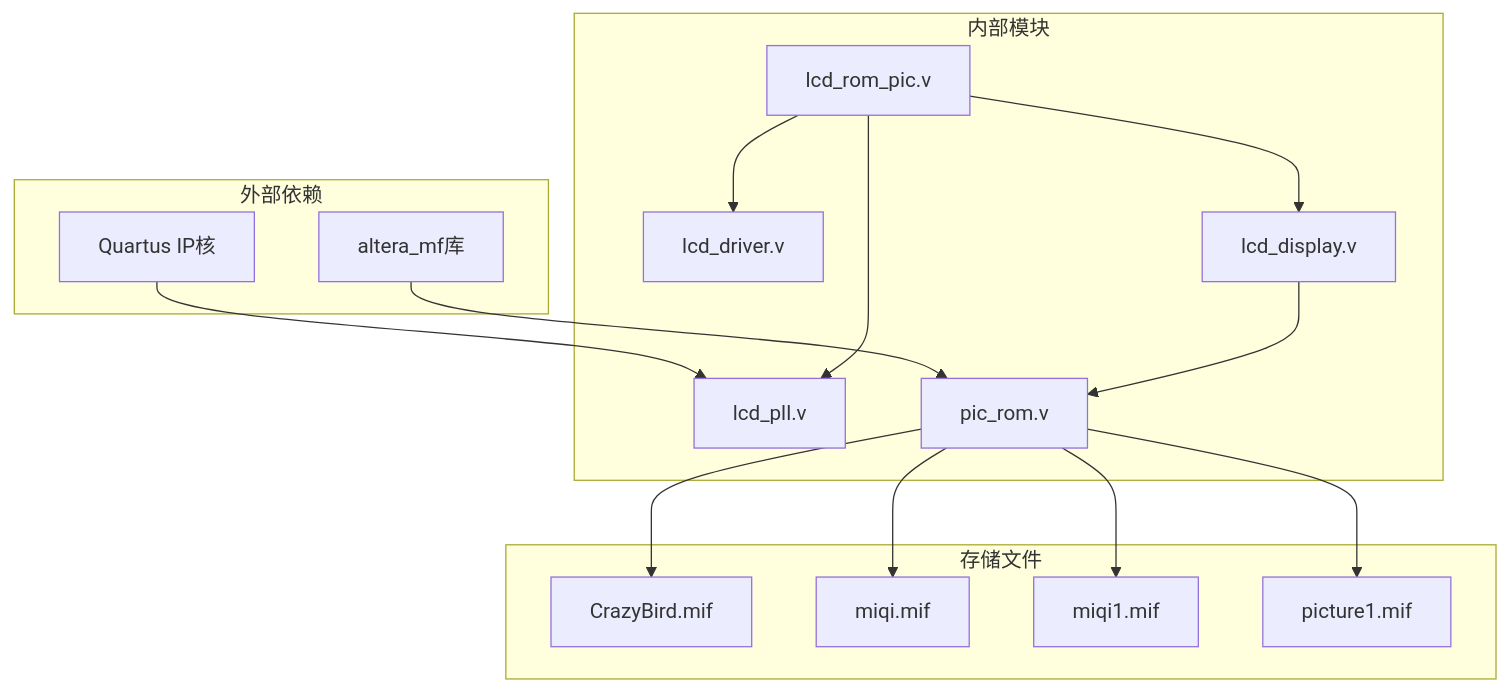
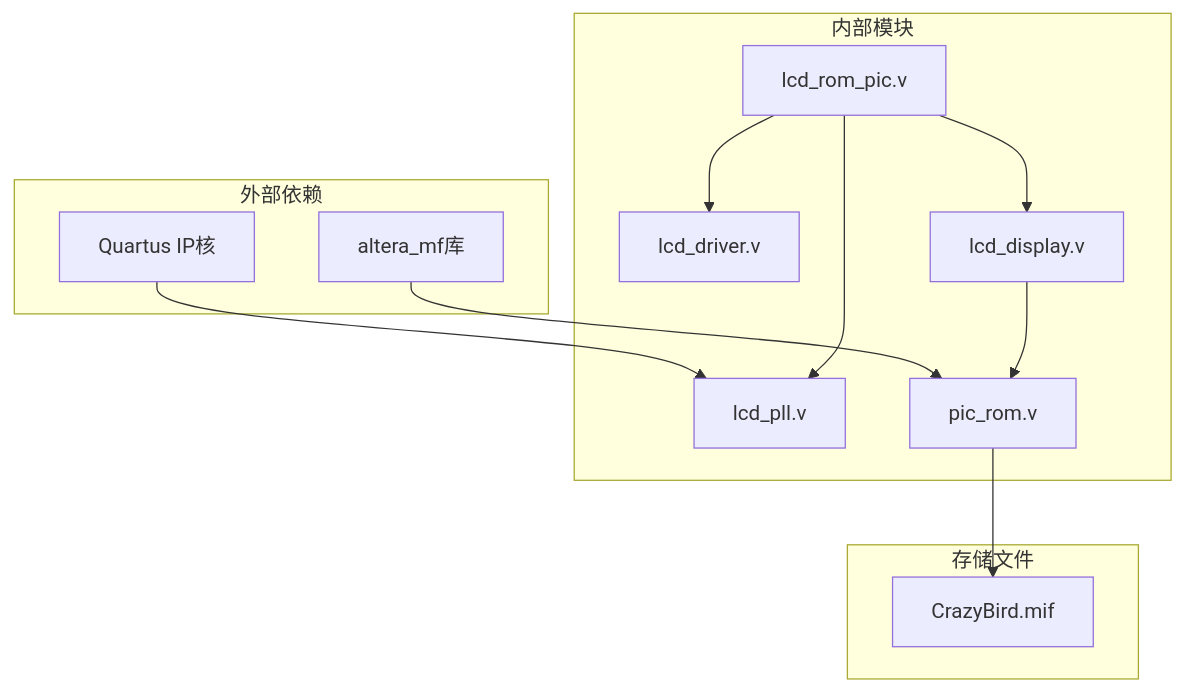
The ninth of 10 diagrams in .qoder/repowiki/zh/content/硬件组件/图像数据管理.md (soupherexd/LCD_ROM_PIC), drawn with Mermaid before and after one commit. The commit also changed other lines of this file and 3 other files, not shown here.

````diff
--- a/.qoder/repowiki/zh/content/硬件组件/图像数据管理.md
+++ b/.qoder/repowiki/zh/content/硬件组件/图像数据管理.md
@@ -341,30 +335,24 @@
 ```mermaid
 graph TB
 subgraph "外部依赖"
 ALTERA_LIB[altera_mf库]
 QUARTUS_IP[Quartus IP核]
 end
 subgraph "内部模块"
 LCD_ROM_PIC[lcd_rom_pic.v]
 LCD_PLL[lcd_pll.v]
 LCD_DRIVER[lcd_driver.v]
 LCD_DISPLAY[lcd_display.v]
 PIC_ROM[pic_rom.v]
 end
 subgraph "存储文件"
 CRAZY_MIF[CrazyBird.mif]
-MIQI_MIF[miqi.mif]
-MIQI1_MIF[miqi1.mif]
-PICTURE1_MIF[picture1.mif]
 end
 ALTERA_LIB --> PIC_ROM
 QUARTUS_IP --> LCD_PLL
 LCD_ROM_PIC --> LCD_PLL
 LCD_ROM_PIC --> LCD_DRIVER
 LCD_ROM_PIC --> LCD_DISPLAY
 LCD_DISPLAY --> PIC_ROM
 PIC_ROM --> CRAZY_MIF
-PIC_ROM --> MIQI_MIF
-PIC_ROM --> MIQI1_MIF
-PIC_ROM --> PICTURE1_MIF
 ```
````
